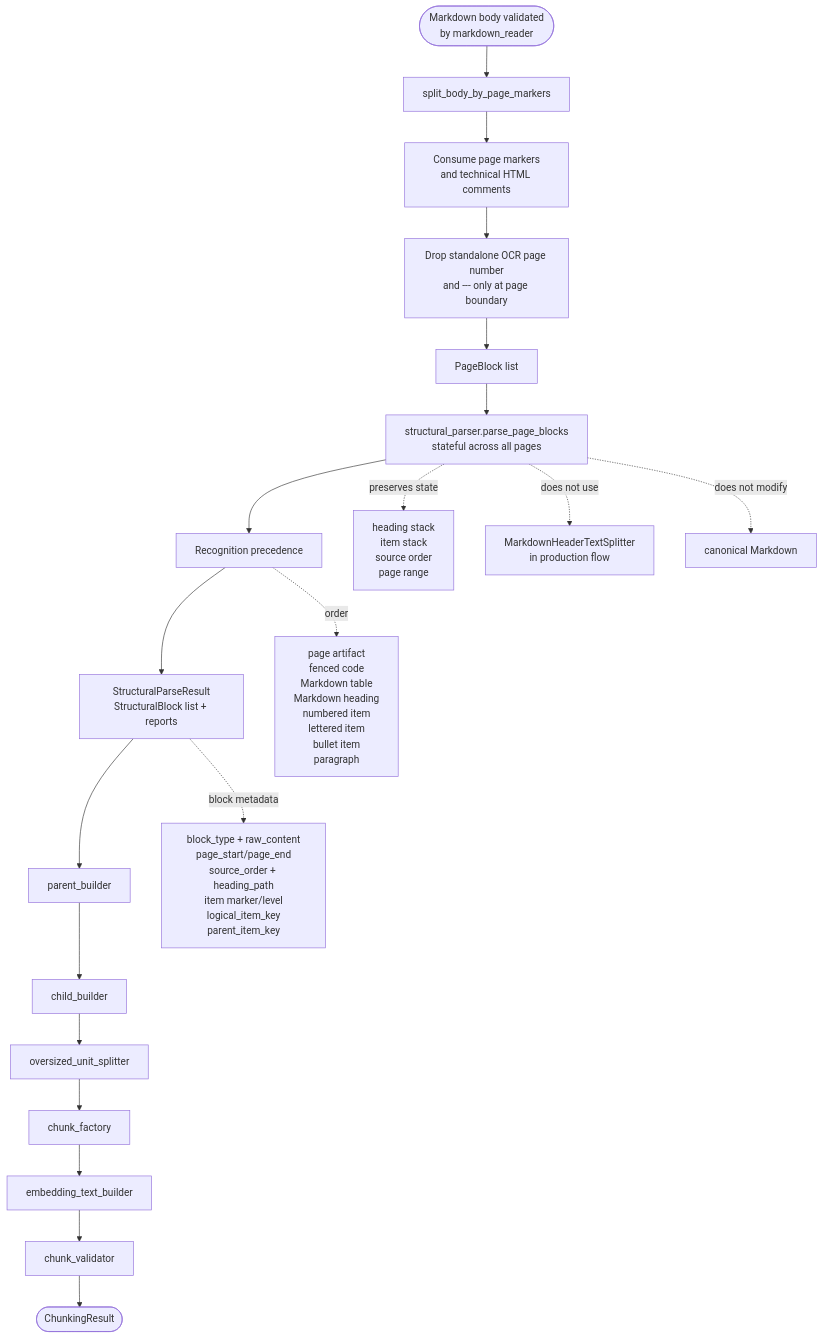
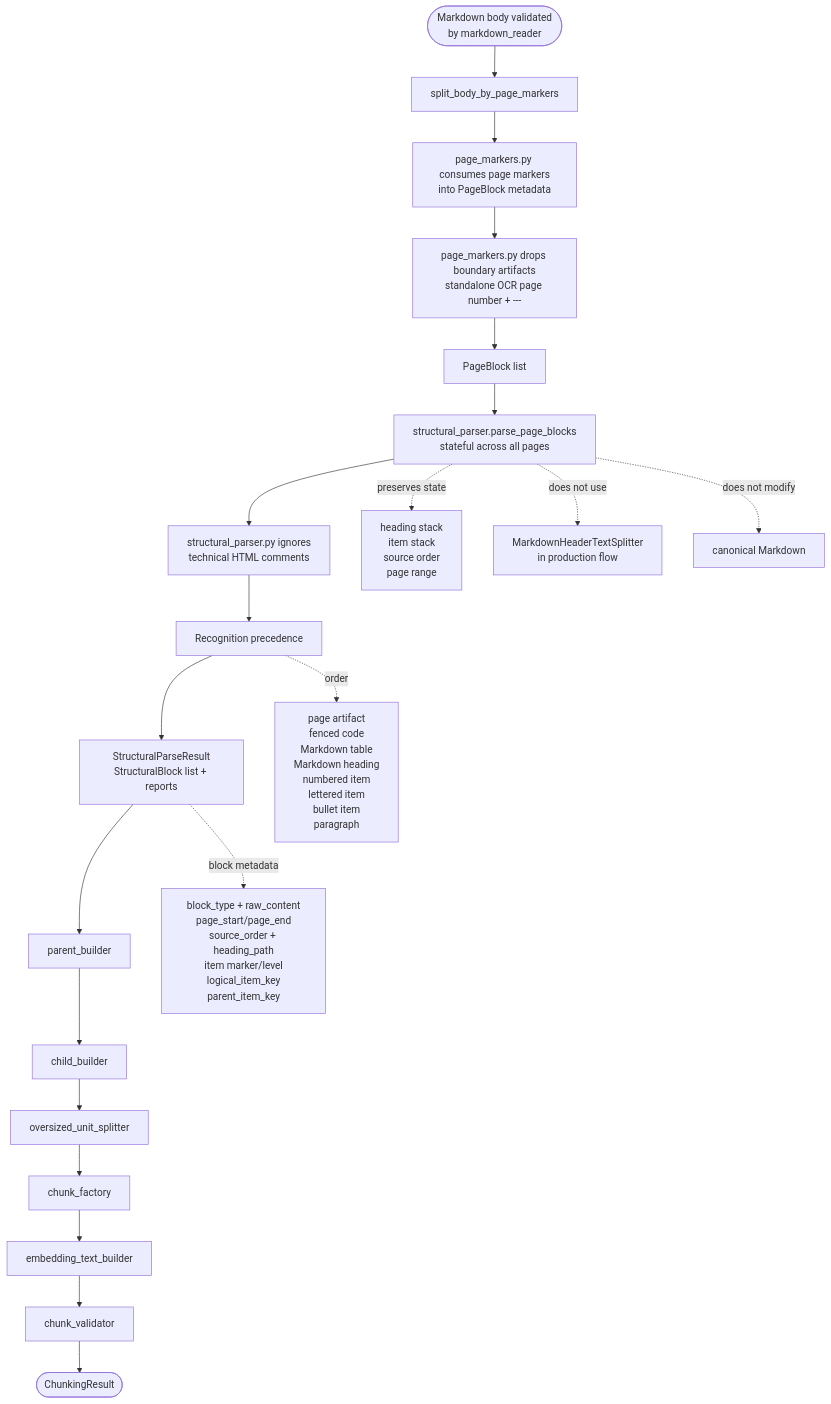
The diagram in .docs/diagrams/flowchart/09a_pre_chunk_parsing_normalization_flow.mmd (Ngocanhjr/CSS-CTU-Student-Service), drawn with Mermaid before and after one commit. The commit also changed 31 other files, not shown here.

Commit message:
'update-flowchat-excalidraw'

```diff
--- a/.docs/diagrams/flowchart/09a_pre_chunk_parsing_normalization_flow.mmd
+++ b/.docs/diagrams/flowchart/09a_pre_chunk_parsing_normalization_flow.mmd
@@ -1,32 +1,34 @@
 %% Sources:
 %% - 09A_PRE_CHUNK_PARSING_NORMALIZATION_GUIDE.md
 %% - 10A_PART_C_PAGE_MARKER_HELPER_GUIDE.md
 %% - 10B_PART_C_PAGE_AWARE_CHUNKER_DECISIONS.md
 %% Canonical pre-chunk and structural parsing flow.
 
 flowchart TD
     A([Markdown body validated<br/>by markdown_reader])
     B[split_body_by_page_markers]
-    C[Consume page markers<br/>and technical HTML comments]
-    D[Drop standalone OCR page number<br/>and --- only at page boundary]
+    C[page_markers.py consumes page markers<br/>into PageBlock metadata]
+    D[page_markers.py drops boundary artifacts<br/>standalone OCR page number + ---]
     E[PageBlock list]
     F[structural_parser.parse_page_blocks<br/>stateful across all pages]
     G[Recognition precedence]
     H[StructuralParseResult<br/>StructuralBlock list + reports]
     I[parent_builder]
     J[child_builder]
     K[oversized_unit_splitter]
     L[chunk_factory]
     M[embedding_text_builder]
     N[chunk_validator]
     O([ChunkingResult])
 
-    A --> B --> C --> D --> E --> F --> G --> H --> I --> J --> K --> L --> M --> N --> O
+    U[structural_parser.py ignores<br/>technical HTML comments]
+
+    A --> B --> C --> D --> E --> F --> U --> G --> H --> I --> J --> K --> L --> M --> N --> O
 
     G -. order .-> P[page artifact<br/>fenced code<br/>Markdown table<br/>Markdown heading<br/>numbered item<br/>lettered item<br/>bullet item<br/>paragraph]
 
     F -. preserves state .-> Q[heading stack<br/>item stack<br/>source order<br/>page range]
     F -. does not use .-> R[MarkdownHeaderTextSplitter<br/>in production flow]
     F -. does not modify .-> S[canonical Markdown]
 
     H -. block metadata .-> T[block_type + raw_content<br/>page_start/page_end<br/>source_order + heading_path<br/>item marker/level<br/>logical_item_key<br/>parent_item_key]
```
